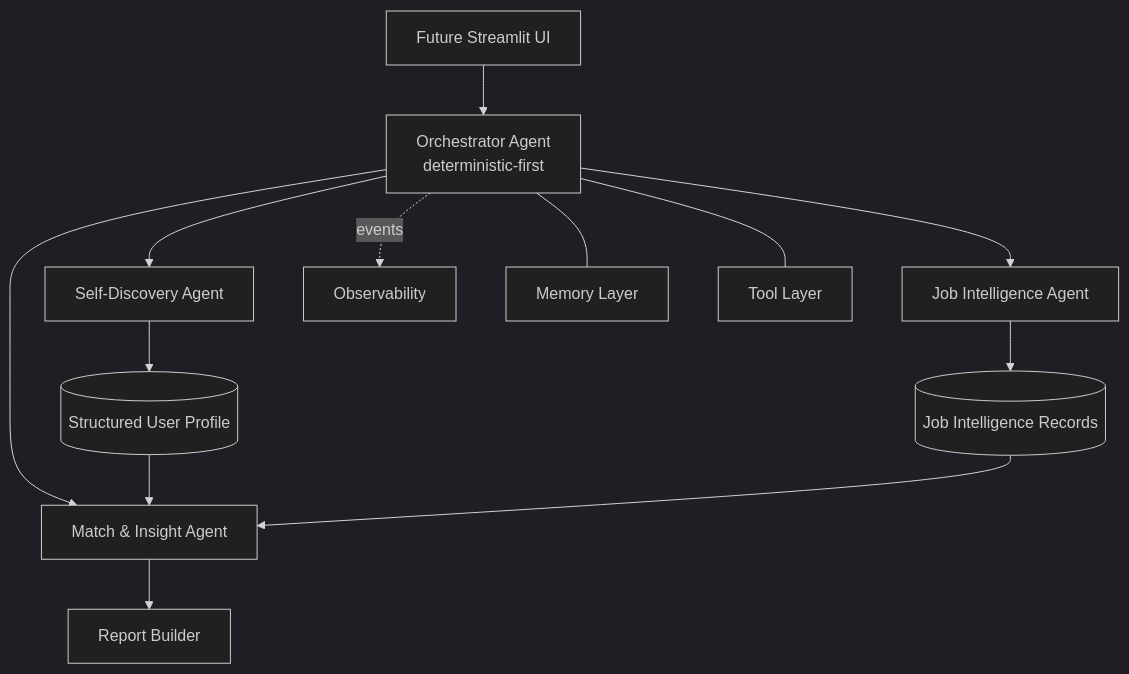
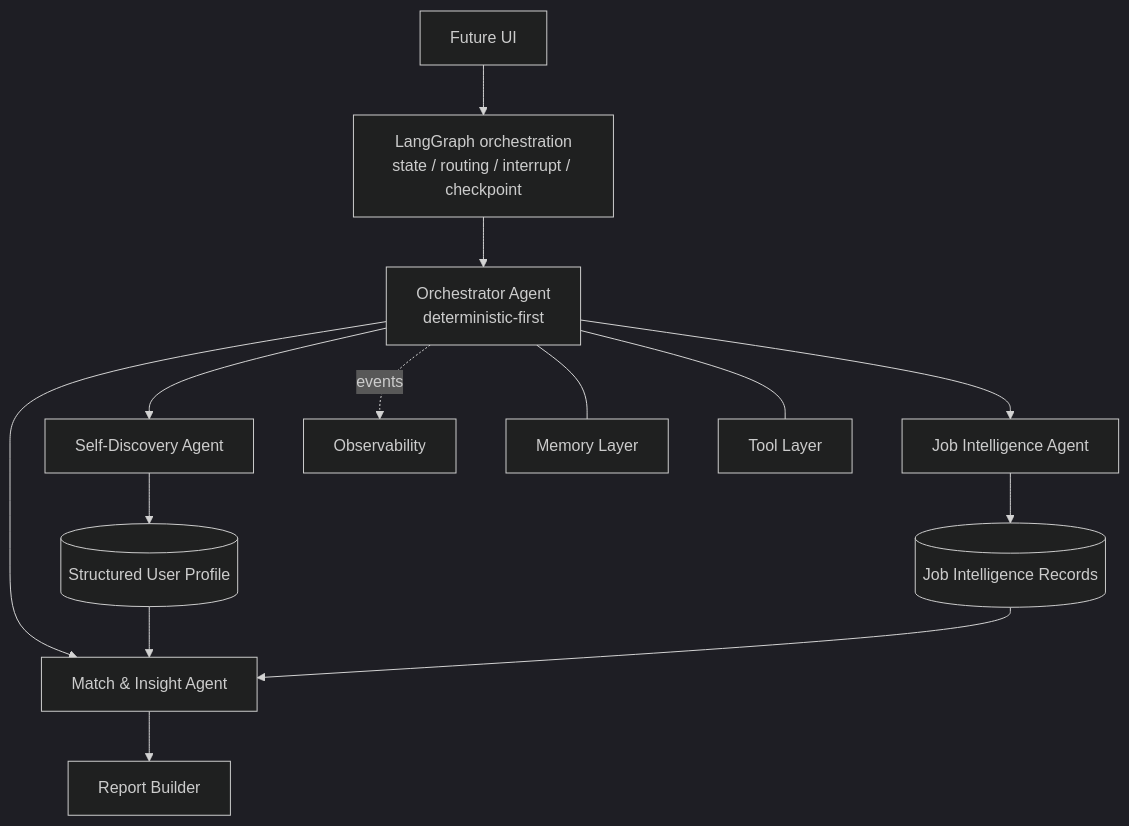
Before and after one commit to wangzch337-max/orange-career-agent: the diagram in README.md, drawn with Mermaid (dark theme). The commit also changed other lines of this file and 21 other files, not shown here.

````diff
--- a/README.md
+++ b/README.md
@@ -35,15 +35,16 @@
 ```mermaid
 flowchart TD
-    UI[Future Streamlit UI] --> O[Orchestrator Agent<br/>deterministic-first]
+    UI[Future UI] --> LG[LangGraph orchestration<br/>state / routing / interrupt / checkpoint]
+    LG --> O[Orchestrator Agent<br/>deterministic-first]
     O --> S[Self-Discovery Agent]
     O --> J[Job Intelligence Agent]
     O --> M[Match & Insight Agent]
     S --> P[(Structured User Profile)]
     J --> R[(Job Intelligence Records)]
     P --> M
     R --> M
     M --> B[Report Builder]
     O -. events .-> OBS[Observability]
     O --- MEM[Memory Layer]
     O --- T[Tool Layer]
 ```
````
